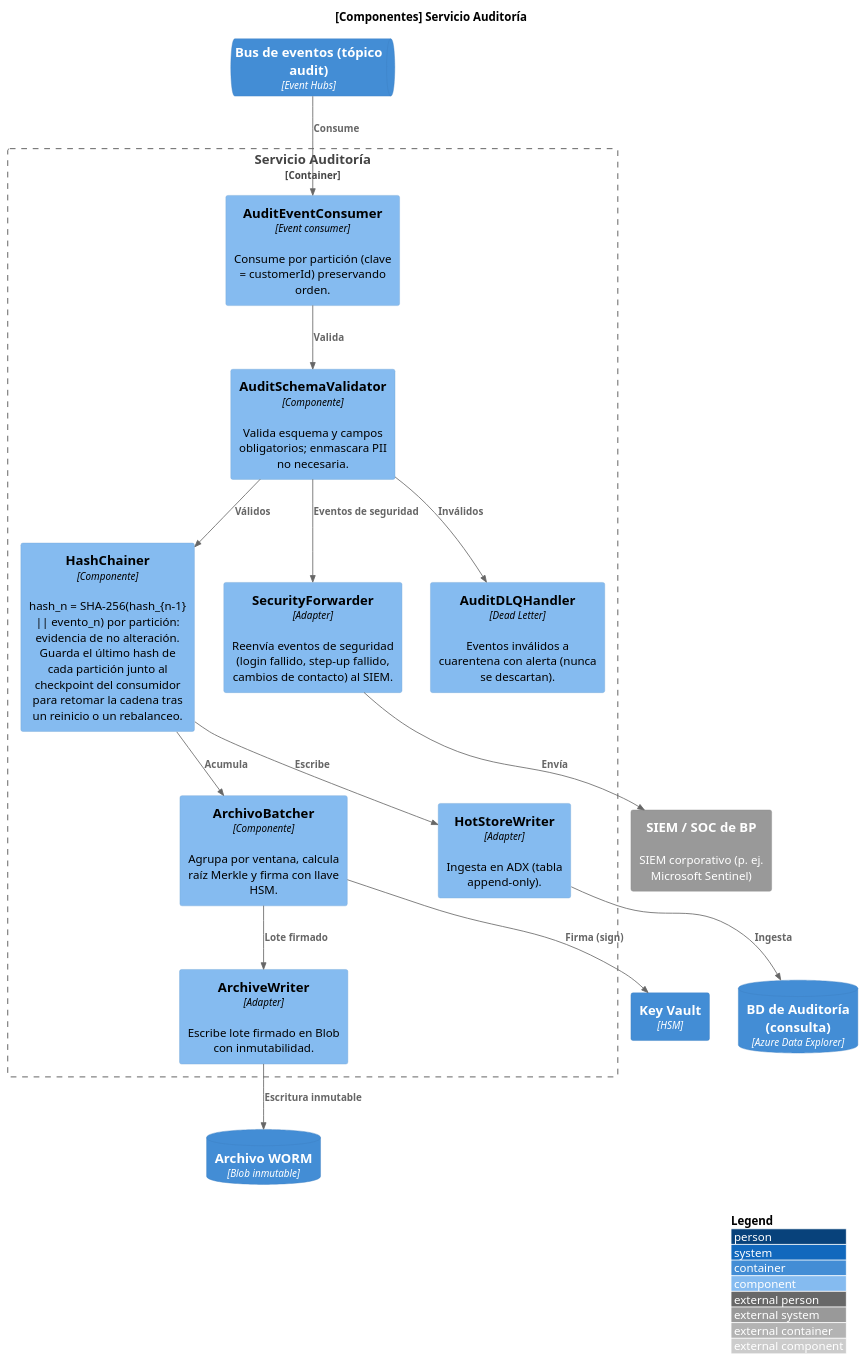
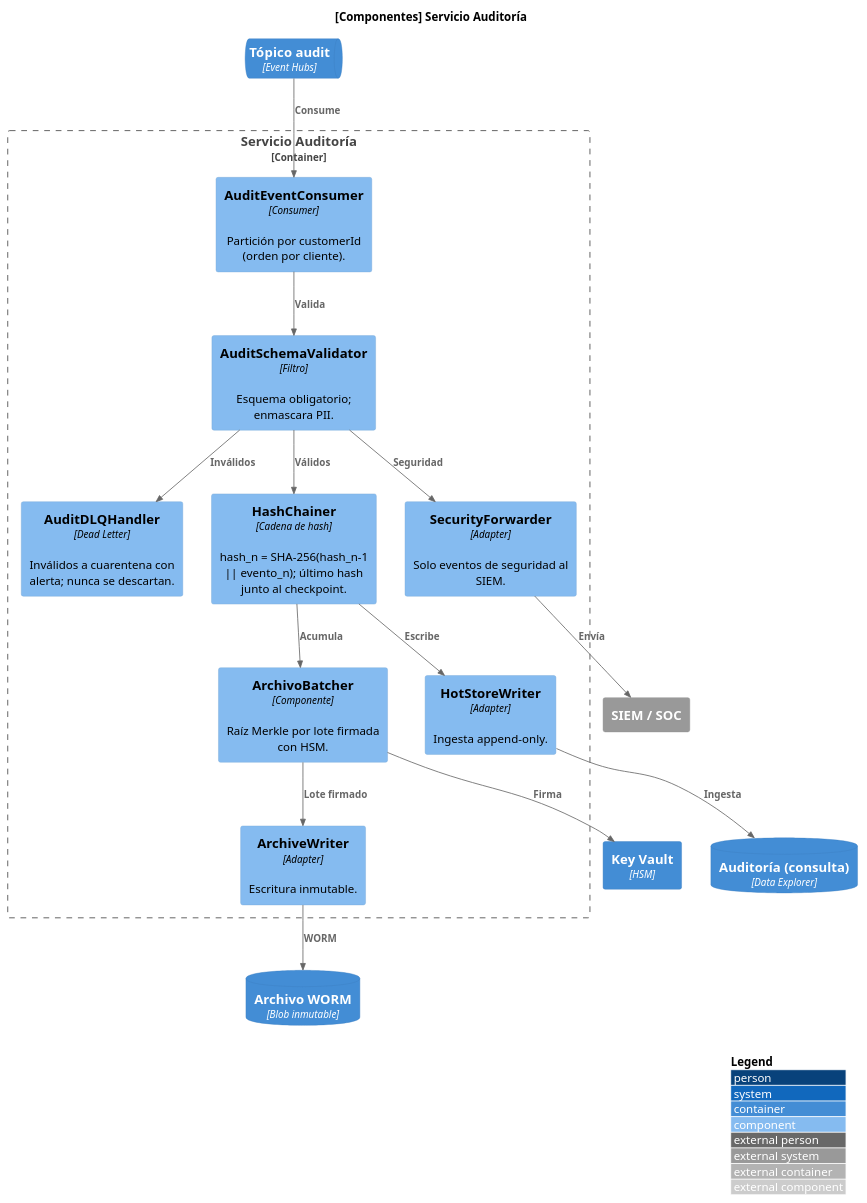
Before and after one commit to dledesman/banca-por-internet: the ninth of 13 diagrams in Propuesta_Arquitectura_BP.md, drawn with PlantUML. The commit also changed other lines of this file and 15 other files, not shown here.

Commit message:
Actualización propuesta de arquitectura y diagramas

````diff
--- a/Propuesta_Arquitectura_BP.md
+++ b/Propuesta_Arquitectura_BP.md
@@ -1038,37 +644,37 @@
 ```plantuml
 @startuml C4_Componentes_Auditoria
 !include <C4/C4_Component>
 LAYOUT_WITH_LEGEND()
 title [Componentes] Servicio Auditoría
 
-ContainerQueue(evh, "Bus de eventos (tópico audit)", "Event Hubs")
-ContainerDb(adx, "BD de Auditoría (consulta)", "Azure Data Explorer")
+ContainerQueue(evh, "Tópico audit", "Event Hubs")
+ContainerDb(adx, "Auditoría (consulta)", "Data Explorer")
 ContainerDb(blob, "Archivo WORM", "Blob inmutable")
 Container(kv, "Key Vault", "HSM")
-System_Ext(siem, "SIEM / SOC de BP", "SIEM corporativo (p. ej. Microsoft Sentinel)")
+System_Ext(siem, "SIEM / SOC")
 
 Container_Boundary(aud, "Servicio Auditoría") {
-  Component(cons, "AuditEventConsumer", "Event consumer", "Consume por partición (clave = customerId) preservando orden.")
-  Component(val, "AuditSchemaValidator", "Componente", "Valida esquema y campos obligatorios; enmascara PII no necesaria.")
-  Component(chain, "HashChainer", "Componente", "hash_n = SHA-256(hash_{n-1} || evento_n) por partición: evidencia de no alteración. Guarda el último hash de cada partición junto al checkpoint del consumidor para retomar la cadena tras un reinicio o un rebalanceo.")
-  Component(w1, "HotStoreWriter", "Adapter", "Ingesta en ADX (tabla append-only).")
-  Component(batch, "ArchivoBatcher", "Componente", "Agrupa por ventana, calcula raíz Merkle y firma con llave HSM.")
-  Component(w2, "ArchiveWriter", "Adapter", "Escribe lote firmado en Blob con inmutabilidad.")
-  Component(fwd, "SecurityForwarder", "Adapter", "Reenvía eventos de seguridad (login fallido, step-up fallido, cambios de contacto) al SIEM.")
-  Component(dlq, "AuditDLQHandler", "Dead Letter", "Eventos inválidos a cuarentena con alerta (nunca se descartan).")
+  Component(cons, "AuditEventConsumer", "Consumer", "Partición por customerId (orden por cliente).")
+  Component(val, "AuditSchemaValidator", "Filtro", "Esquema obligatorio; enmascara PII.")
+  Component(dlq, "AuditDLQHandler", "Dead Letter", "Inválidos a cuarentena con alerta; nunca se descartan.")
+  Component(chain, "HashChainer", "Cadena de hash", "hash_n = SHA-256(hash_n-1 || evento_n); último hash junto al checkpoint.")
+  Component(hot, "HotStoreWriter", "Adapter", "Ingesta append-only.")
+  Component(batch, "ArchivoBatcher", "Componente", "Raíz Merkle por lote firmada con HSM.")
+  Component(arc, "ArchiveWriter", "Adapter", "Escritura inmutable.")
+  Component(fwd, "SecurityForwarder", "Adapter", "Solo eventos de seguridad al SIEM.")
 }
 
 Rel(evh, cons, "Consume")
 Rel(cons, val, "Valida")
 Rel(val, dlq, "Inválidos")
 Rel(val, chain, "Válidos")
-Rel(chain, w1, "Escribe")
-Rel(w1, adx, "Ingesta")
+Rel(chain, hot, "Escribe")
+Rel(hot, adx, "Ingesta")
 Rel(chain, batch, "Acumula")
-Rel(batch, kv, "Firma (sign)")
-Rel(batch, w2, "Lote firmado")
-Rel(w2, blob, "Escritura inmutable")
-Rel(val, fwd, "Eventos de seguridad")
+Rel(batch, kv, "Firma")
+Rel(batch, arc, "Lote firmado")
+Rel(arc, blob, "WORM")
+Rel(val, fwd, "Seguridad")
 Rel(fwd, siem, "Envía")
 @enduml
 ```
````
